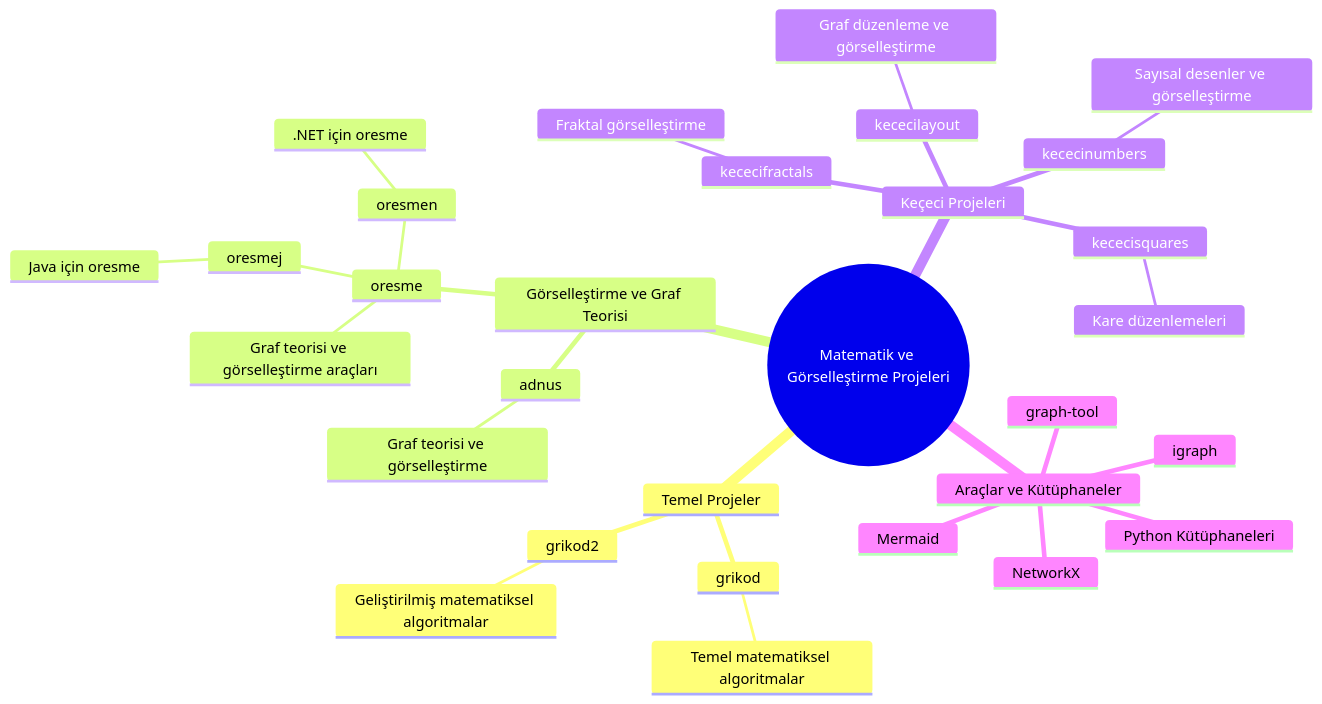
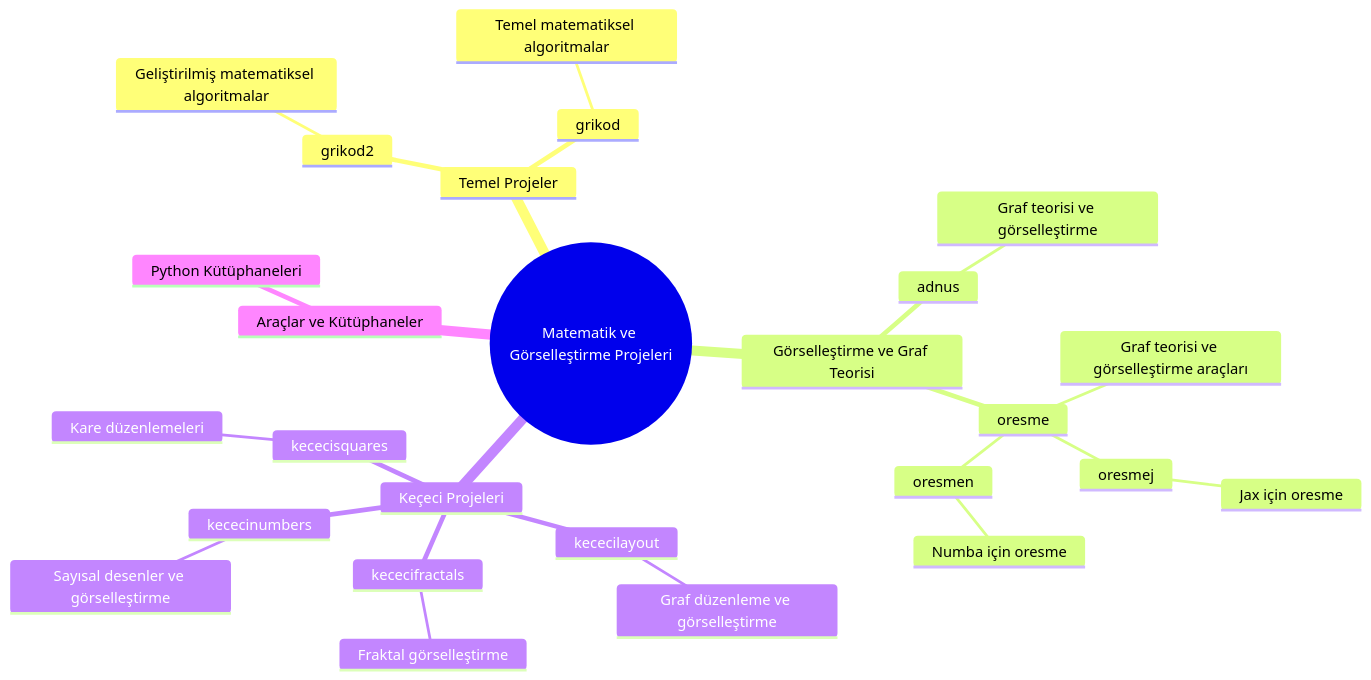
Before and after one commit to WhiteSymmetry/WhiteSymmetry: the second of 2 diagrams in README.md, drawn with Mermaid.

Commit message:
Modify project details and library list in README
Updated project descriptions and changed library names.

````diff
--- a/README.md
+++ b/README.md
@@ -71,44 +71,41 @@
 ```mermaid
 mindmap
   root((Matematik ve Görselleştirme Projeleri))
     Temel Projeler
       grikod
         ::icon(fa fa-code)
         Temel matematiksel algoritmalar
       grikod2
         ::icon(fa fa-code)
         Geliştirilmiş matematiksel algoritmalar
     Görselleştirme ve Graf Teorisi
       adnus
         ::icon(fa fa-project-diagram)
         Graf teorisi ve görselleştirme
       oresme
         ::icon(fa fa-project-diagram)
         Graf teorisi ve görselleştirme araçları
         oresmej
           ::icon(fa fa-code-branch)
-          Java için oresme
+          Jax için oresme
         oresmen
           ::icon(fa fa-code-branch)
-          .NET için oresme
+          Numba için oresme
     Keçeci Projeleri
       kececilayout
         ::icon(fa fa-sitemap)
         Graf düzenleme ve görselleştirme
       kececifractals
         ::icon(fa fa-infinity)
         Fraktal görselleştirme
       kececisquares
         ::icon(fa fa-th)
         Kare düzenlemeleri
       kececinumbers
         ::icon(fa fa-sort-numeric-down)
         Sayısal desenler ve görselleştirme
     Araçlar ve Kütüphaneler
       ::icon(fa fa-tools)
       Python Kütüphaneleri
-      Mermaid
-      NetworkX
-      igraph
-      graph-tool  
+ 
 ```
````
